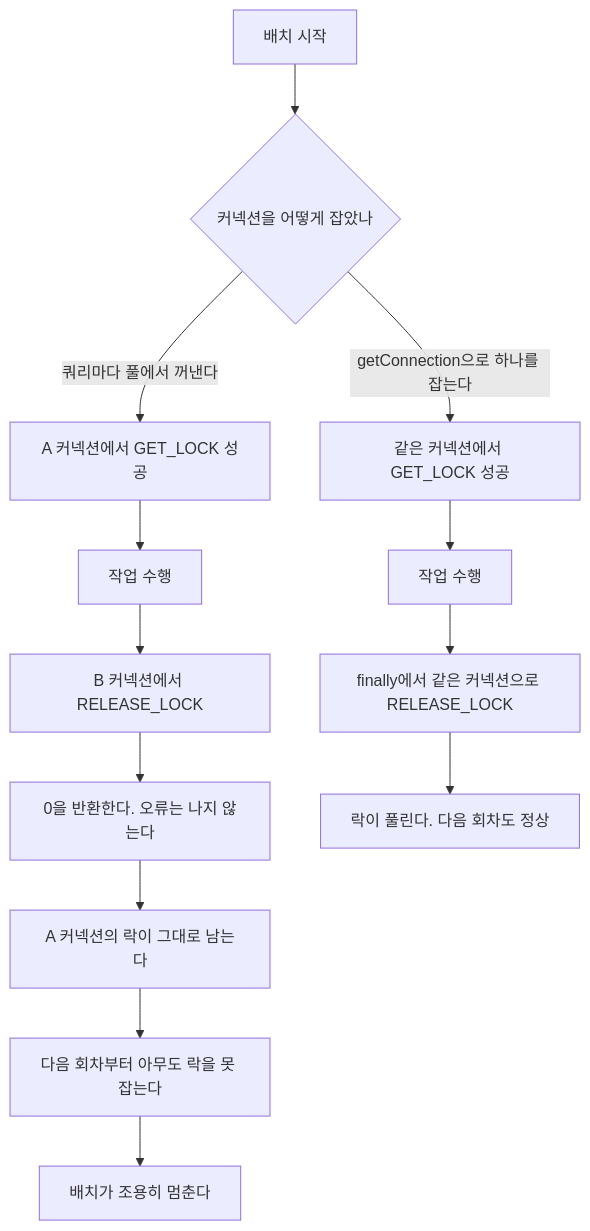
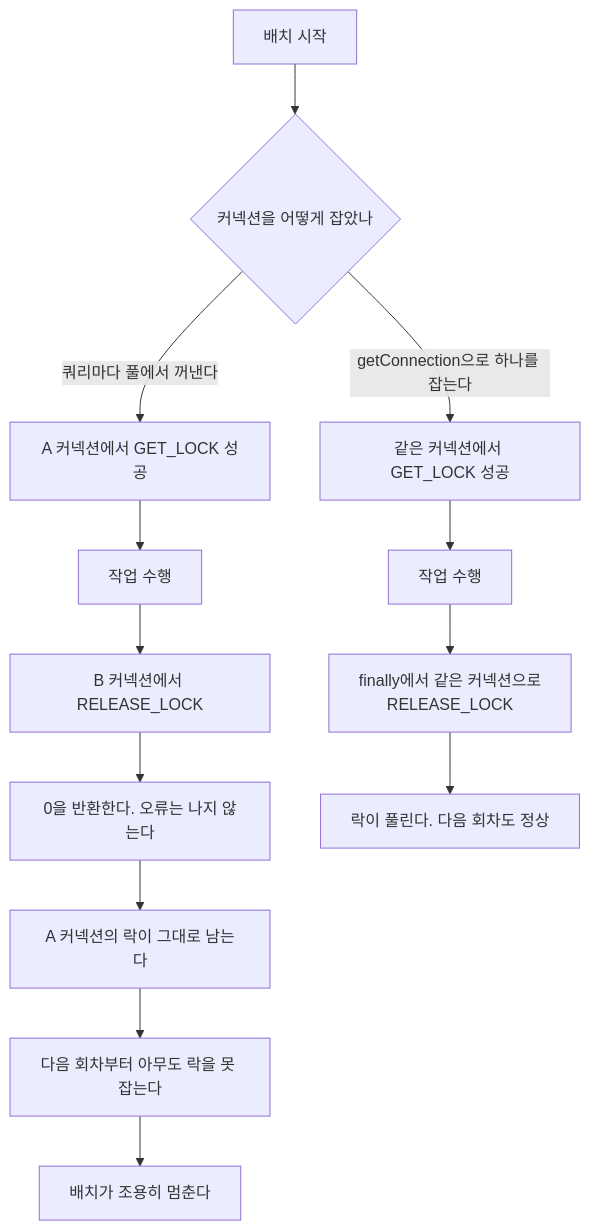
The third of 3 diagrams in modules/cron-duplicate-execution/README.md (xo0449/backend-lab), drawn with Mermaid before and after one commit. The commit also changed 4 other files, not shown here.

Commit message:
Fix clipped Korean labels in mermaid diagrams

````diff
--- a/modules/cron-duplicate-execution/README.md
+++ b/modules/cron-duplicate-execution/README.md
@@ -206,15 +206,15 @@
 ```mermaid
 flowchart TD
     S["배치 시작"] --> G{"커넥션을 어떻게 잡았나"}
     G -->|"쿼리마다 풀에서 꺼낸다"| P1["A 커넥션에서 GET_LOCK 성공"]
     P1 --> P2["작업 수행"]
     P2 --> P3["B 커넥션에서 RELEASE_LOCK"]
     P3 --> P4["0을 반환한다. 오류는 나지 않는다"]
     P4 --> P5["A 커넥션의 락이 그대로 남는다"]
     P5 --> P6["다음 회차부터 아무도 락을 못 잡는다"]
     P6 --> P7["배치가 조용히 멈춘다"]
     G -->|"getConnection으로 하나를 잡는다"| C1["같은 커넥션에서 GET_LOCK 성공"]
     C1 --> C2["작업 수행"]
-    C2 --> C3["finally에서 같은 커넥션으로 RELEASE_LOCK"]
+    C2 --> C3["finally에서 같은 커넥션으로<br/>RELEASE_LOCK"]
     C3 --> C4["락이 풀린다. 다음 회차도 정상"]
 ```
````
